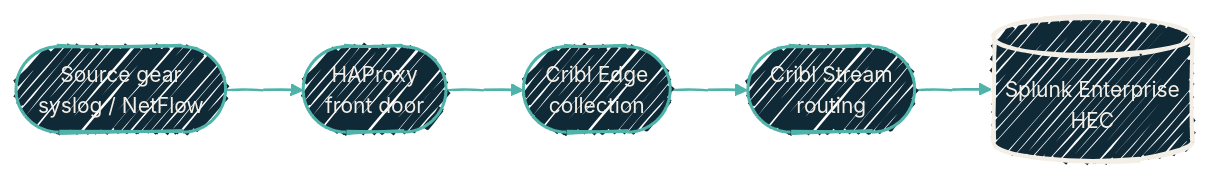
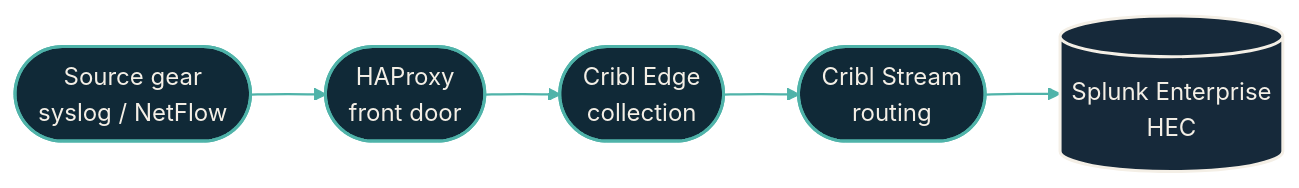
Before and after one commit to dryvist/docs: the diagram in infrastructure/repos/ansible-proxmox-apps.mdx, drawn with Mermaid. The commit also changed other lines of this file and 116 other files, not shown here.

````diff
--- a/infrastructure/repos/ansible-proxmox-apps.mdx
+++ b/infrastructure/repos/ansible-proxmox-apps.mdx
@@ -20,20 +20,26 @@
 ```mermaid
-%%{init:
-  {'theme':'base','look':'handDrawn','themeVariables':{'fontFamily':'Geist','fontSize':'14px','primaryColor':'#102937','primaryTextColor':'#F4EFE6','primaryBorderColor':'#4FB3A9','lineColor':'#4FB3A9','secondaryColor':'#0B1D2A','tertiaryColor':'#1A2A38','clusterBkg':'rgba(79,179,169,0.08)','clusterBorder':'#4FB3A9'}}}%%
+%%{init: {"theme":"base","look":"handDrawn","themeVariables":{"primaryColor":"#123a36","primaryTextColor":"#f4efe6","primaryBorderColor":"#4fb3a9","lineColor":"#4fb3a9","secondaryColor":"#0b1d2a","tertiaryColor":"#16293a","clusterBkg":"#08151f","clusterBorder":"#4fb3a9","fontFamily":"'Geist Sans', system-ui, -apple-system, BlinkMacSystemFont, 'Segoe UI', Roboto, sans-serif","fontSize":"14px"}}}%%
 flowchart LR
+  classDef src fill:#16293a,stroke:#e06b4a,stroke-width:2px,color:#f4efe6;
+  classDef ai fill:#16293a,stroke:#e06b4a,stroke-width:2px,color:#f4efe6;
+  classDef gate fill:#16293a,stroke:#e06b4a,stroke-width:2.5px,color:#f4efe6;
+  classDef hop fill:#16293a,stroke:#4fb3a9,stroke-width:2px,color:#f4efe6;
+  classDef host fill:#16293a,stroke:#4fb3a9,stroke-width:2px,color:#f4efe6;
+  classDef sink fill:#16293a,stroke:#f4efe6,stroke-width:2px,color:#f4efe6;
+  classDef auto fill:#16293a,stroke:#f4efe6,stroke-width:1.5px,color:#f4efe6;
+  classDef external fill:#16293a,stroke:#e6b35a,stroke-width:2px,color:#f4efe6;
   Gear([Source gear<br/>syslog / NetFlow])
   HA([HAProxy<br/>front door])
   Edge([Cribl Edge<br/>collection])
   Stream([Cribl Stream<br/>routing])
   Splunk[(Splunk Enterprise<br/>HEC)]
 
   Gear --> HA --> Edge --> Stream --> Splunk
 
   classDef svc fill:#102937,stroke:#4FB3A9,stroke-width:2px,color:#F4EFE6;
-  classDef sink fill:#102937,stroke:#F4EFE6,stroke-width:2.5px,color:#F4EFE6;
 
   class Gear,HA,Edge,Stream svc
   class Splunk sink
 
   linkStyle default stroke:#4FB3A9,stroke-width:1.5px;
 ```
````
